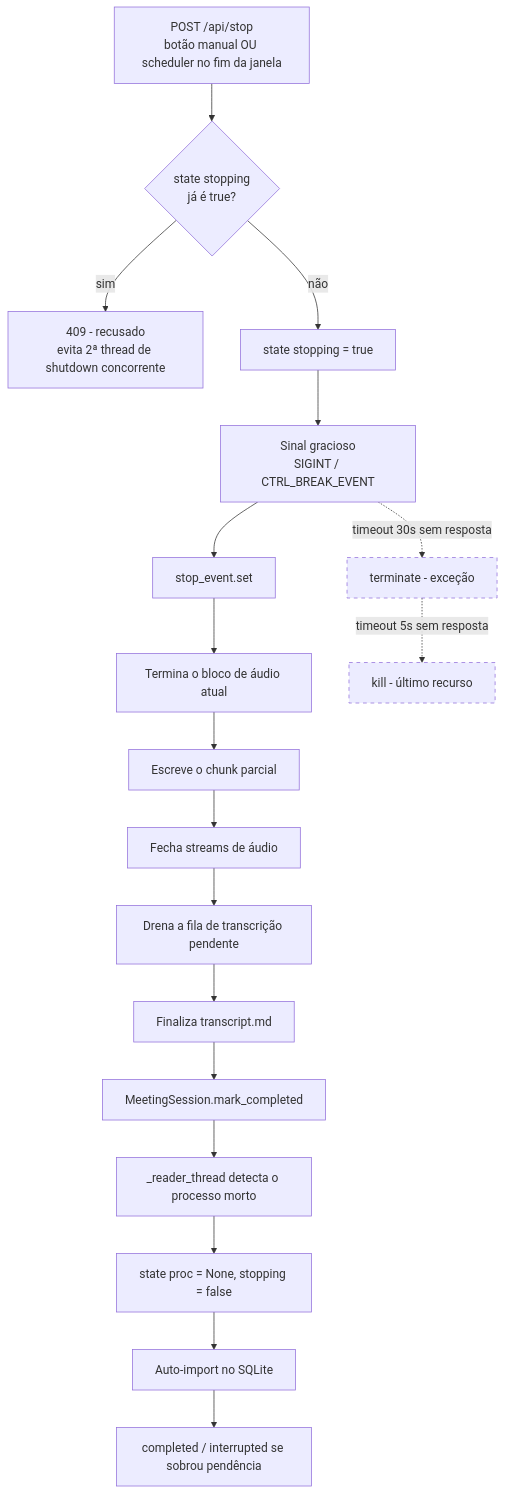
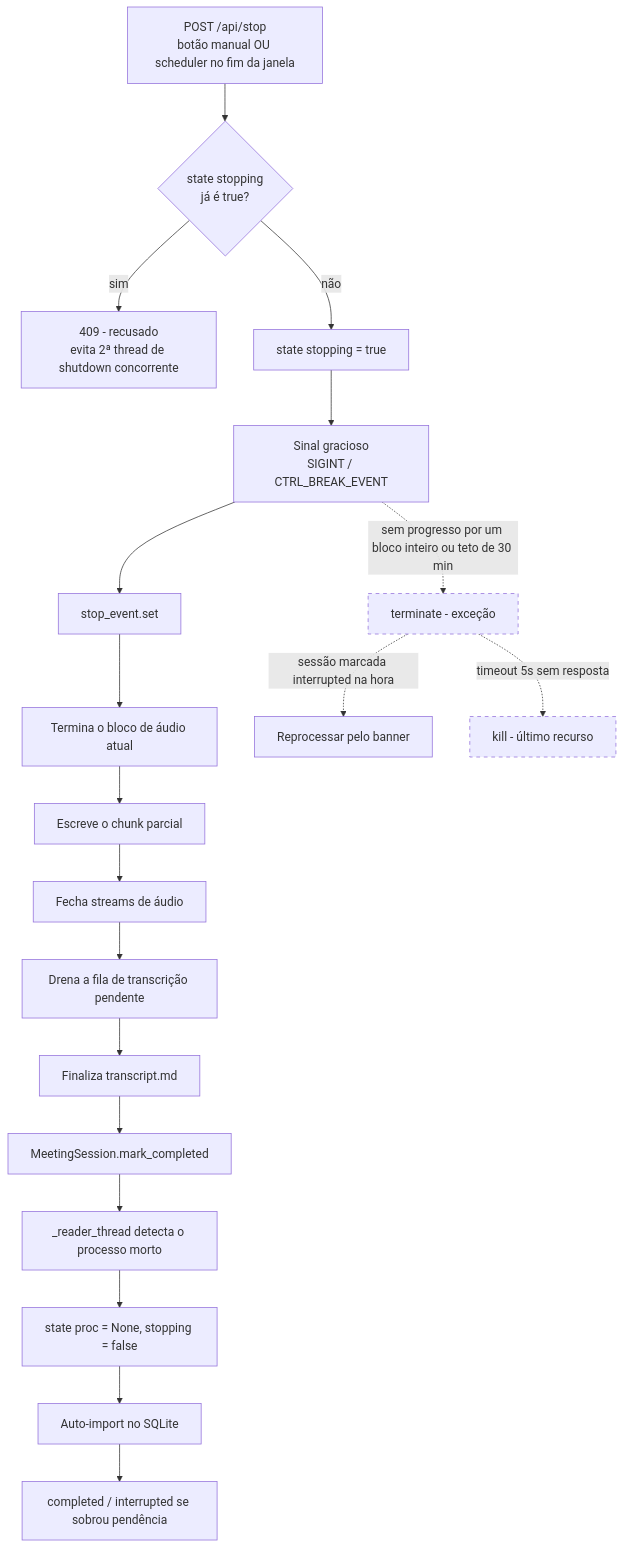
The fourth of 8 diagrams in docs/FLOWCHARTS.md (HSHAKOA/Agente-de-transcrito-de-reuni-es-), drawn with Mermaid before and after one commit. The commit also changed 6 other files, not shown here.

````diff
--- a/docs/FLOWCHARTS.md
+++ b/docs/FLOWCHARTS.md
@@ -120,25 +120,26 @@
 ```mermaid
 flowchart TD
     REQ[POST /api/stop<br/>botão manual OU scheduler no fim da janela] --> CHECKSTOP{state stopping<br/>já é true?}
     CHECKSTOP -->|sim| REJECT[409 - recusado<br/>evita 2ª thread de shutdown concorrente]
     CHECKSTOP -->|não| SETSTOP[state stopping = true]
 
     SETSTOP --> SIG[Sinal gracioso<br/>SIGINT / CTRL_BREAK_EVENT]
     SIG --> STOPEVT[stop_event.set]
     STOPEVT --> FINISHBLOCK[Termina o bloco de áudio atual]
     FINISHBLOCK --> PARTIALWAV[Escreve o chunk parcial]
     PARTIALWAV --> CLOSESTREAMS[Fecha streams de áudio]
     CLOSESTREAMS --> DRAIN[Drena a fila de transcrição pendente]
     DRAIN --> FINALIZEMD[Finaliza transcript.md]
     FINALIZEMD --> MARKSESSION[MeetingSession.mark_completed]
     MARKSESSION --> READERTHREAD[_reader_thread detecta o processo morto]
     READERTHREAD --> CLEARSTOP[state proc = None, stopping = false]
     CLEARSTOP --> AUTOIMPORT[Auto-import no SQLite]
     AUTOIMPORT --> DONE2[completed / interrupted se sobrou pendência]
 
-    SIG -.timeout 30s sem resposta.-> TERM[terminate - exceção]
+    SIG -.sem progresso por um bloco inteiro ou teto de 30 min.-> TERM[terminate - exceção]
+    TERM -.sessão marcada interrupted na hora.-> RECOVER[Reprocessar pelo banner]
     TERM -.timeout 5s sem resposta.-> KILL[kill - último recurso]
 
     style TERM stroke-dasharray: 5 5
     style KILL stroke-dasharray: 5 5
 ```
````
